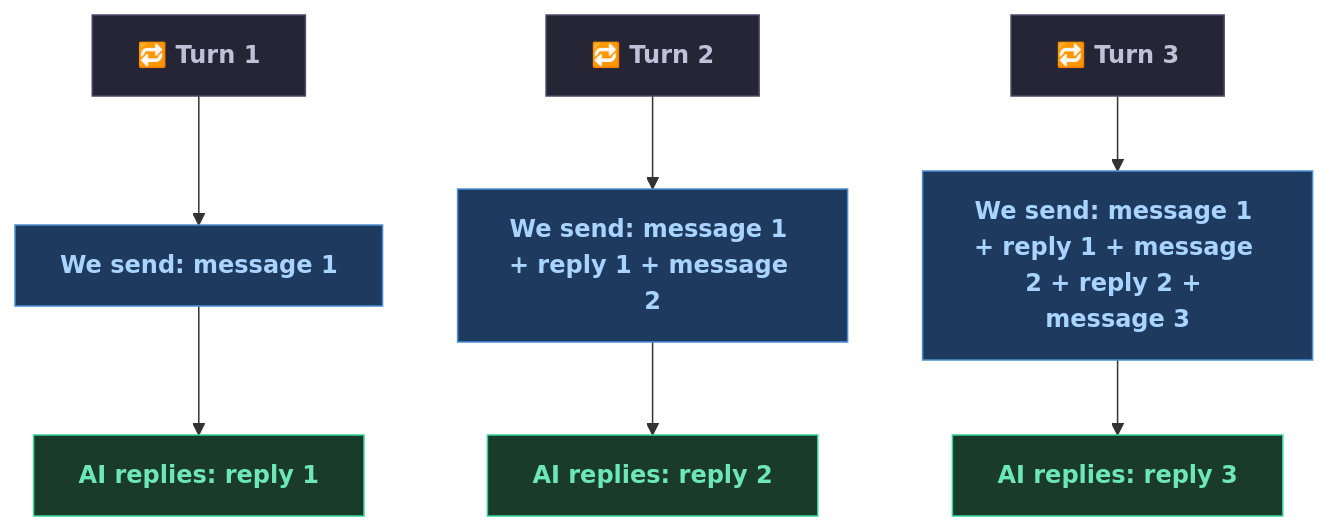
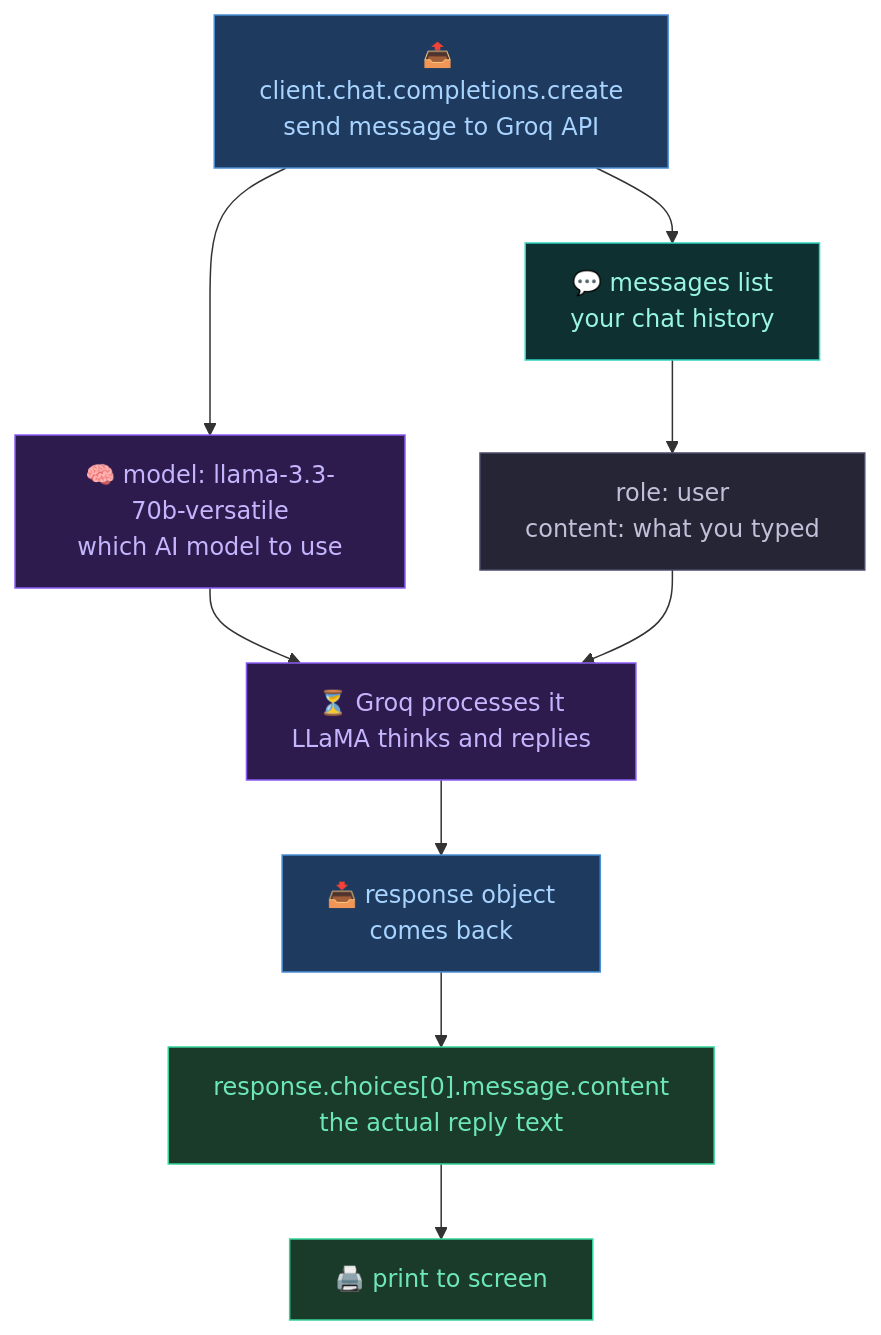
Before and after one commit to abdulsamadxai/groq-chatbot-basic: the fourth of 7 diagrams in README.md, drawn with Mermaid. The commit also changed other lines of this file, not shown here.

````diff
--- a/README.md
+++ b/README.md
@@ -254,15 +200,17 @@
 ```mermaid
 flowchart TD
-    TURN1["🔁 Turn 1"]:::label
-    TURN1 --> S1["We send: message 1"]:::blue --> R1["AI replies: reply 1"]:::green
+    A["📤 client.chat.completions.create\nsend message to Groq API"]:::blue
+    A --> B["🧠 model: llama-3.3-70b-versatile\nwhich AI model to use"]:::purple
+    A --> C["💬 messages list\nyour chat history"]:::teal
+    C --> D["role: user\ncontent: what you typed"]:::gray
+    B & D --> E["⏳ Groq processes it\nLLaMA thinks and replies"]:::purple
+    E --> F["📥 response object\ncomes back"]:::blue
+    F --> G["response.choices[0].message.content\nthe actual reply text"]:::green
+    G --> H["🖨️ print to screen"]:::green
 
-    TURN2["🔁 Turn 2"]:::label
-    TURN2 --> S2["We send: message 1 + reply 1 + message 2"]:::blue --> R2["AI replies: reply 2"]:::green
-
-    TURN3["🔁 Turn 3"]:::label
-    TURN3 --> S3["We send: message 1 + reply 1 + message 2 + reply 2 + message 3"]:::blue --> R3["AI replies: reply 3"]:::green
-
-    classDef label fill:#252535,stroke:#4a4a6a,color:#c0c0d8,font-weight:bold
     classDef blue fill:#1e3a5f,stroke:#4a8fd4,color:#a8d4ff
+    classDef purple fill:#2d1b4e,stroke:#8b5cf6,color:#c4b5fd
+    classDef teal fill:#0f3030,stroke:#2dd4bf,color:#99f6e4
+    classDef gray fill:#252535,stroke:#4a4a6a,color:#c0c0d8
     classDef green fill:#1a3a2a,stroke:#34d399,color:#6ee7b7
 ```
````
